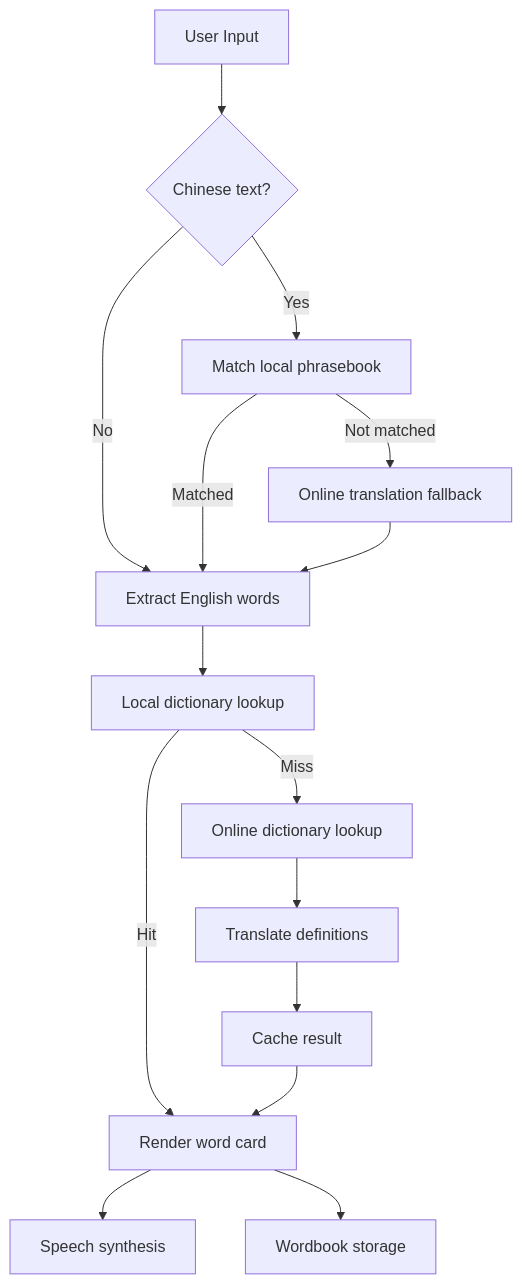
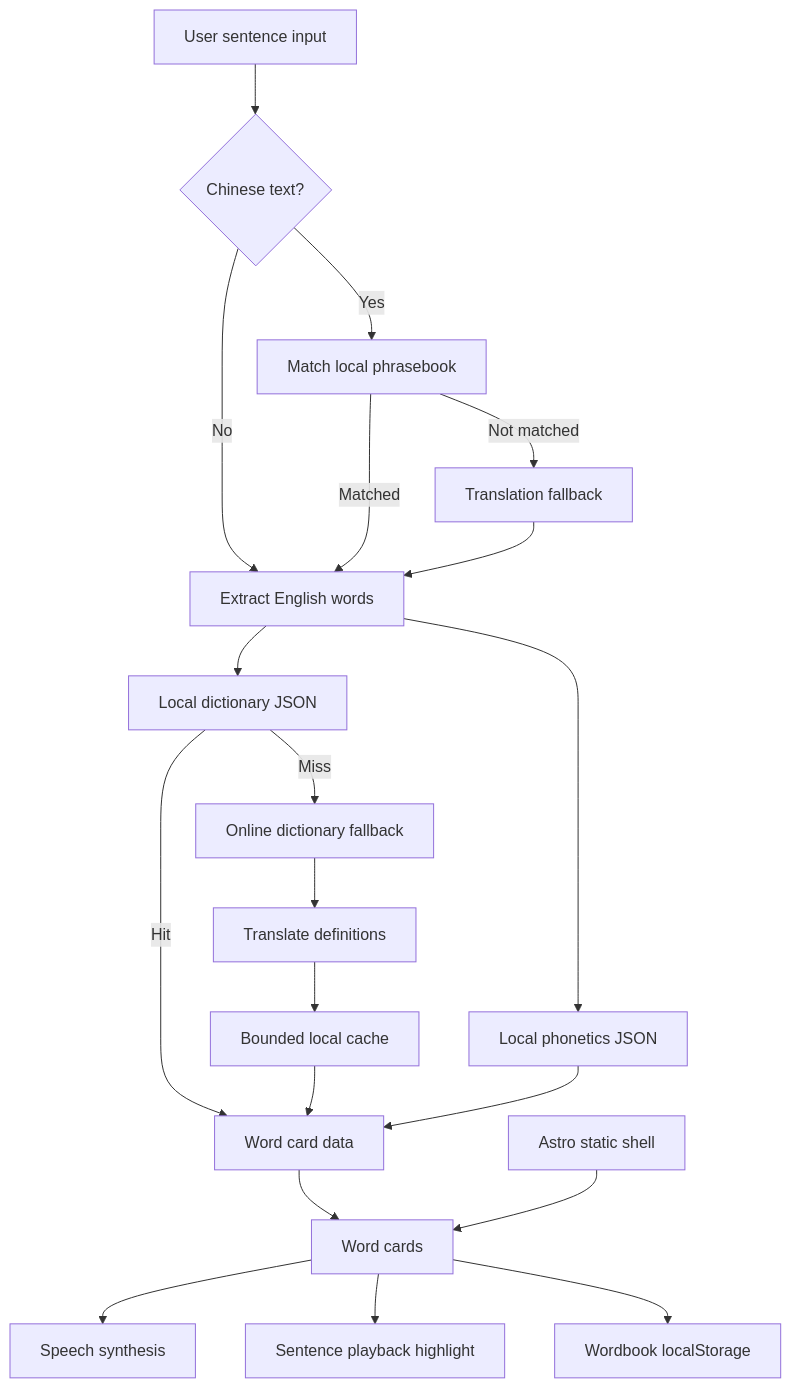
The diagram in README.md (VeteranXYZ/LuciaDictionary), drawn with Mermaid before and after one commit. The commit also changed other lines of this file, not shown here.

````diff
--- a/README.md
+++ b/README.md
@@ -42,17 +56,22 @@
 ```mermaid
 flowchart TD
-  A["User Input"] --> B{"Chinese text?"}
-  B -->|No| C["Extract English words"]
-  B -->|Yes| D["Match local phrasebook"]
+  A[User sentence input] --> B{Chinese text?}
+  B -->|No| C[Extract English words]
+  B -->|Yes| D[Match local phrasebook]
   D -->|Matched| C
-  D -->|Not matched| E["Online translation fallback"]
+  D -->|Not matched| E[Translation fallback]
   E --> C
-  C --> F["Local dictionary lookup"]
-  F -->|Hit| G["Render word card"]
-  F -->|Miss| H["Online dictionary lookup"]
-  H --> I["Translate definitions"]
-  I --> J["Cache result"]
+  C --> F[Local dictionary JSON]
+  C --> P[Local phonetics JSON]
+  F -->|Hit| G[Word card data]
+  F -->|Miss| H[Online dictionary fallback]
+  H --> I[Translate definitions]
+  I --> J[Bounded local cache]
   J --> G
-  G --> K["Speech synthesis"]
-  G --> L["Wordbook storage"]
+  P --> G
+  G --> K[Word cards]
+  K --> L[Speech synthesis]
+  K --> M[Sentence playback highlight]
+  K --> N[Wordbook localStorage]
+  O[Astro static shell] --> K
 ```
````
